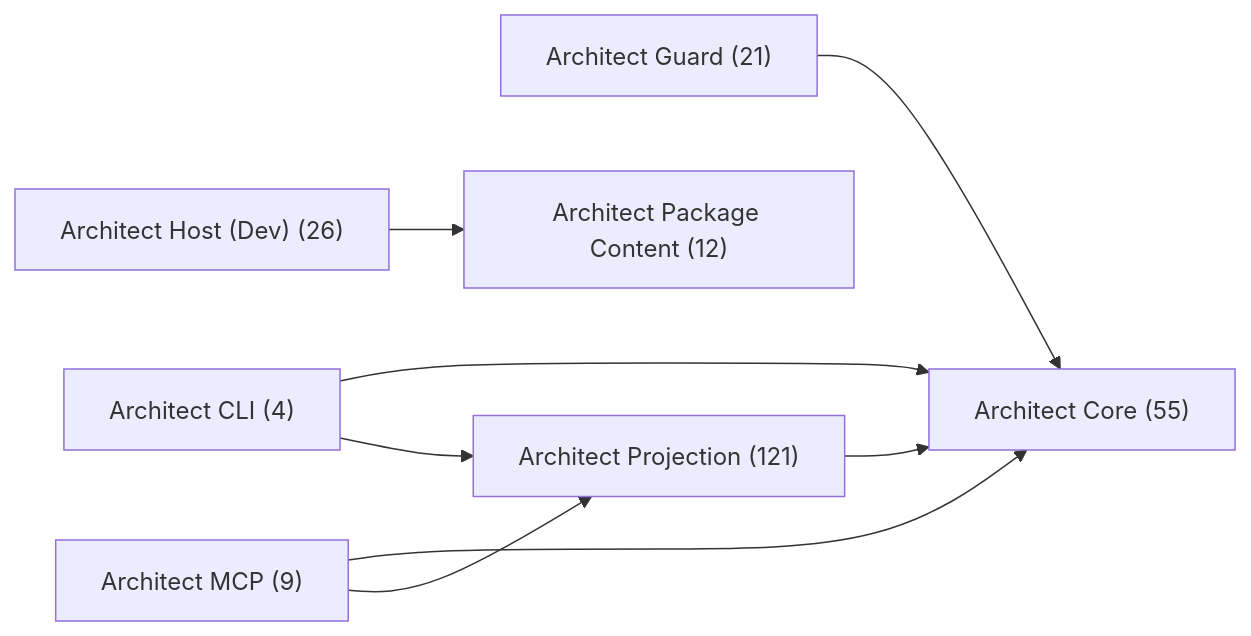
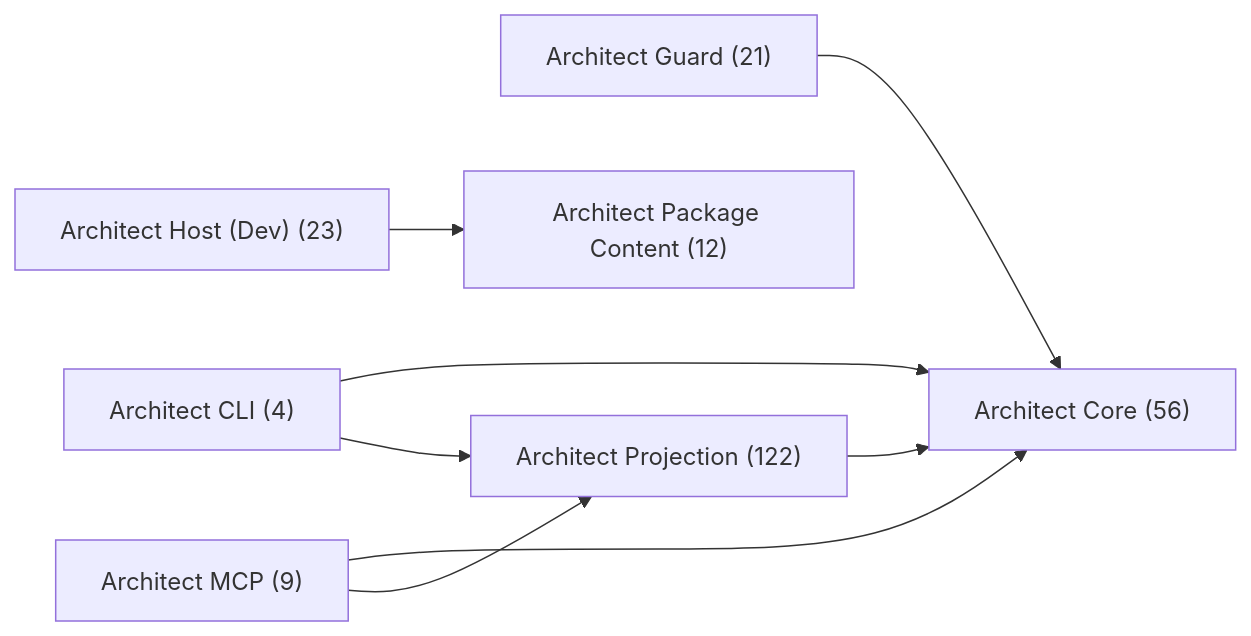
Before and after one commit to libar-dev/architect: the first of 8 diagrams in docs-live/architecture/package-seam.md, drawn with Mermaid. The commit also changed other lines of this file and 12 other files, not shown here.

First line of the commit message:
docs: retire manual ARCHITECTURE.md, sync data-api skill, regenerate docs-live

````diff
--- a/docs-live/architecture/package-seam.md
+++ b/docs-live/architecture/package-seam.md
@@ -18,17 +18,17 @@
 ```mermaid
 graph LR
   pkg_architect_cli["Architect CLI (4)"]
-  pkg_architect_core["Architect Core (55)"]
+  pkg_architect_core["Architect Core (56)"]
   pkg_architect_guard["Architect Guard (21)"]
-  pkg_architect_host_dev["Architect Host (Dev) (26)"]
+  pkg_architect_host_dev["Architect Host (Dev) (23)"]
   pkg_architect_mcp["Architect MCP (9)"]
   pkg_architect_package_content["Architect Package Content (12)"]
-  pkg_architect_projection["Architect Projection (121)"]
+  pkg_architect_projection["Architect Projection (122)"]
   pkg_architect_cli --> pkg_architect_core
   pkg_architect_cli --> pkg_architect_projection
   pkg_architect_guard --> pkg_architect_core
   pkg_architect_host_dev --> pkg_architect_package_content
   pkg_architect_mcp --> pkg_architect_core
   pkg_architect_mcp --> pkg_architect_projection
   pkg_architect_projection --> pkg_architect_core
 ```
````
